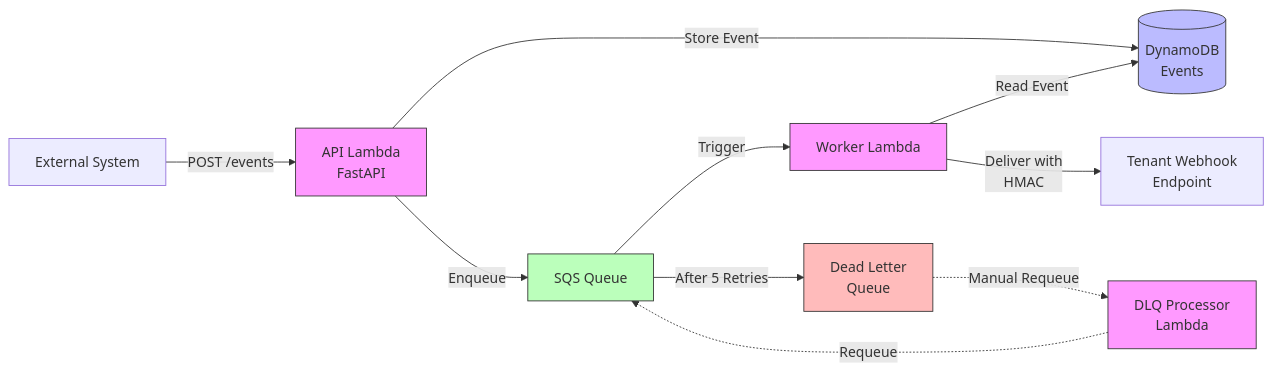
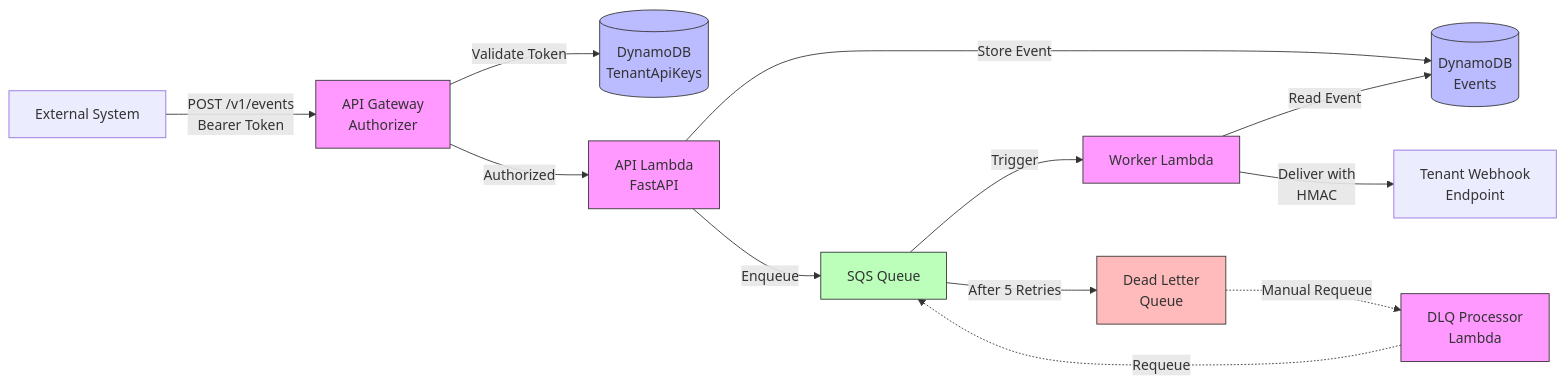
Before and after one commit to lousydropout/webhook-delivery: the first of 3 diagrams in README.md, drawn with Mermaid. The commit also changed other lines of this file, not shown here.

Commit message:
Update README with Lambda Authorizer architecture and /v1/events endpoint
- Add Lambda Authorizer to components list with 5-min caching details
- Update system diagram to show authorizer flow and tenant validation
- Update sequence diagram to include API Gateway and authorizer interaction
- Change all example URLs from /events to /v1/events
- Update project structure to include authorizer/ and context.py
- Clarify REGIONAL endpoint type in custom domain description

````diff
--- a/README.md
+++ b/README.md
@@ -27,19 +28,23 @@
 ```mermaid
 graph LR
-    A[External System] -->|POST /events| B[API Lambda<br/>FastAPI]
-    B -->|Store Event| C[(DynamoDB<br/>Events)]
-    B -->|Enqueue| D[SQS Queue]
-    D -->|Trigger| E[Worker Lambda]
-    E -->|Read Event| C
-    E -->|Deliver with<br/>HMAC| F[Tenant Webhook<br/>Endpoint]
-    D -->|After 5 Retries| G[Dead Letter<br/>Queue]
-    G -.->|Manual Requeue| H[DLQ Processor<br/>Lambda]
-    H -.->|Requeue| D
+    A[External System] -->|POST /v1/events<br/>Bearer Token| B[API Gateway<br/>Authorizer]
+    B -->|Validate Token| C[(DynamoDB<br/>TenantApiKeys)]
+    B -->|Authorized| D[API Lambda<br/>FastAPI]
+    D -->|Store Event| E[(DynamoDB<br/>Events)]
+    D -->|Enqueue| F[SQS Queue]
+    F -->|Trigger| G[Worker Lambda]
+    G -->|Read Event| E
+    G -->|Deliver with<br/>HMAC| H[Tenant Webhook<br/>Endpoint]
+    F -->|After 5 Retries| I[Dead Letter<br/>Queue]
+    I -.->|Manual Requeue| J[DLQ Processor<br/>Lambda]
+    J -.->|Requeue| F
 
     style B fill:#f9f,stroke:#333
-    style E fill:#f9f,stroke:#333
-    style H fill:#f9f,stroke:#333
+    style D fill:#f9f,stroke:#333
+    style G fill:#f9f,stroke:#333
+    style J fill:#f9f,stroke:#333
     style C fill:#bbf,stroke:#333
-    style D fill:#bfb,stroke:#333
-    style G fill:#fbb,stroke:#333
+    style E fill:#bbf,stroke:#333
+    style F fill:#bfb,stroke:#333
+    style I fill:#fbb,stroke:#333
 ```
````
